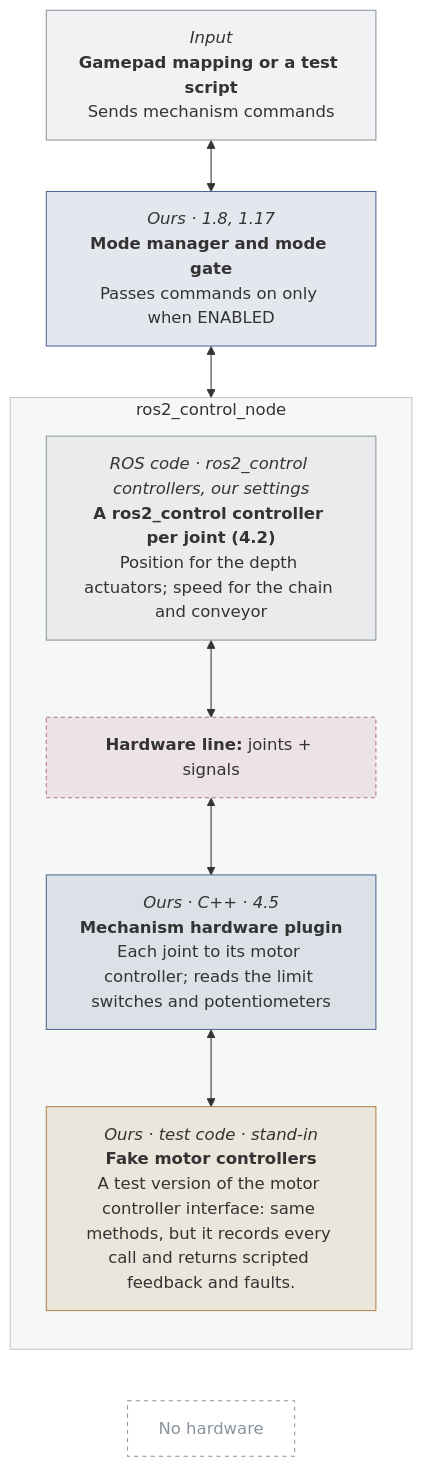
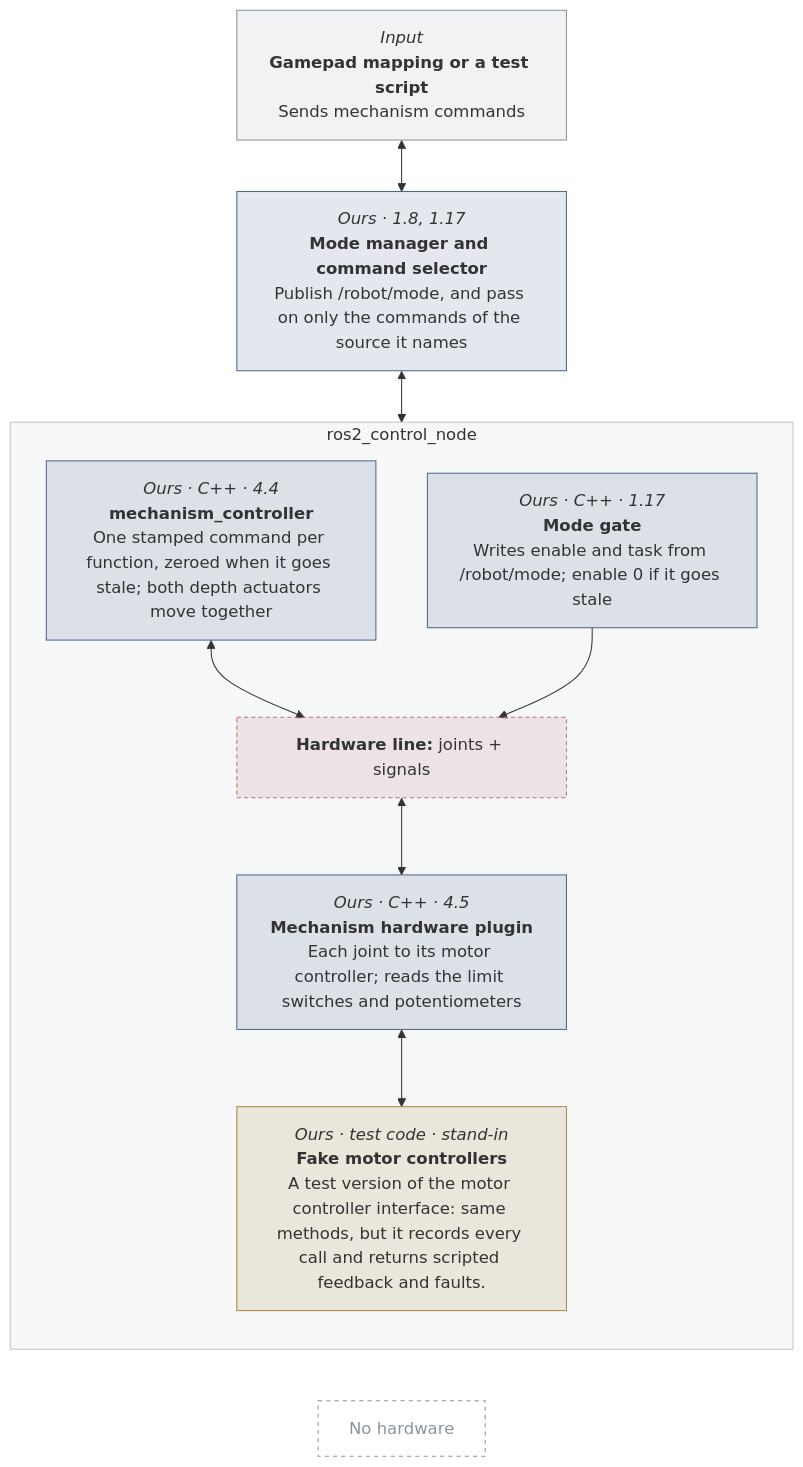
One commit to STAR-Robotics-Team/starrt-luna-software changed the seventh of 30 diagrams in docs/design/hardware-test-modes.md. Above: the diagram before and after it, drawn with Mermaid. The commit also changed other lines of this file and 10 other files, not shown here.

````diff
--- a/docs/design/hardware-test-modes.md
+++ b/docs/design/hardware-test-modes.md
@@ -412,46 +436,50 @@
 ```mermaid
 ---
 config:
   flowchart:
     wrappingWidth: 260
 ---
 flowchart TB
   b1["`*Input*
 **Gamepad mapping or a test script**
 Sends mechanism commands`"]
   b2["`*Ours · 1.8, 1.17*
-**Mode manager and mode gate**
-Passes commands on only when ENABLED`"]
+**Mode manager and command selector**
+Publish /robot/mode, and pass on only the commands of the source it names`"]
   subgraph grp4["ros2_control_node"]
     direction TB
-    b3["`*ROS code · ros2_control controllers, our settings*
-**A ros2_control controller per joint (4.2)**
-Position for the depth actuators; speed for the chain and conveyor`"]
+    bgate["`*Ours · C++ · 1.17*
+**Mode gate**
+Writes enable and task from /robot/mode; enable 0 if it goes stale`"]
+    b3["`*Ours · C++ · 4.4*
+**mechanism_controller**
+One stamped command per function, zeroed when it goes stale; both depth actuators move together`"]
     line5["`**Hardware line:** joints + signals`"]
     b6["`*Ours · C++ · 4.5*
 **Mechanism hardware plugin**
 Each joint to its motor controller; reads the limit switches and potentiometers`"]
     b7["`*Ours · test code · stand-in*
 **Fake motor controllers**
 A test version of the motor controller interface: same methods, but it records every call and returns scripted feedback and faults.`"]
     b3 <--> line5
+    bgate --> line5
     line5 <--> b6
     b6 <--> b7
   end
   none8["No hardware"]
   b1 <--> b2
   b2 <--> grp4
   grp4 ~~~ none8
   classDef ours fill:#4c669026,stroke:#4c6690
   classDef ros fill:#8b939c1f,stroke:#8b939c
   classDef stand fill:#b0844526,stroke:#b08445
   classDef hw fill:#4a725926,stroke:#4a7259
   classDef hwline fill:#b9707c26,stroke:#b9707c,stroke-dasharray:4 3
   classDef ghost fill:none,stroke:#8b939c,stroke-dasharray:4 4,color:#8b939c
-  class b1,b3 ros
-  class b2,b6 ours
+  class b1 ros
+  class b2,b6,b3,bgate ours
   class line5 hwline
   class b7 stand
   class none8 ghost
   style grp4 fill:#8b939c14,stroke:#8b939c80
 ```
````
